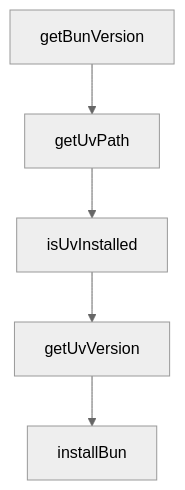
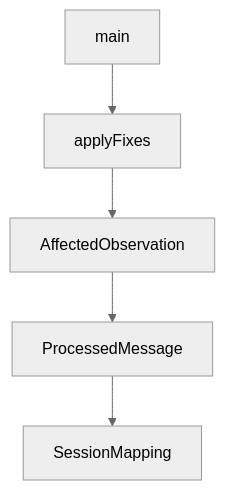
The diagram in tutorials/claude-mem-tutorial/04-configuration-modes-and-context-injection.md (johnxie/awesome-code-docs), drawn with Mermaid (neutral theme) before and after one commit. The commit also changed other lines of this file and 1232 other files, not shown here.

````diff
--- a/tutorials/claude-mem-tutorial/04-configuration-modes-and-context-injection.md
+++ b/tutorials/claude-mem-tutorial/04-configuration-modes-and-context-injection.md
@@ -219,12 +217,12 @@
 ```mermaid
 flowchart TD
-    A[getBunVersion]
-    B[getUvPath]
-    C[isUvInstalled]
-    D[getUvVersion]
-    E[installBun]
+    A[main]
+    B[applyFixes]
+    C[AffectedObservation]
+    D[ProcessedMessage]
+    E[SessionMapping]
     A --> B
     B --> C
     C --> D
     D --> E
 ```
````
